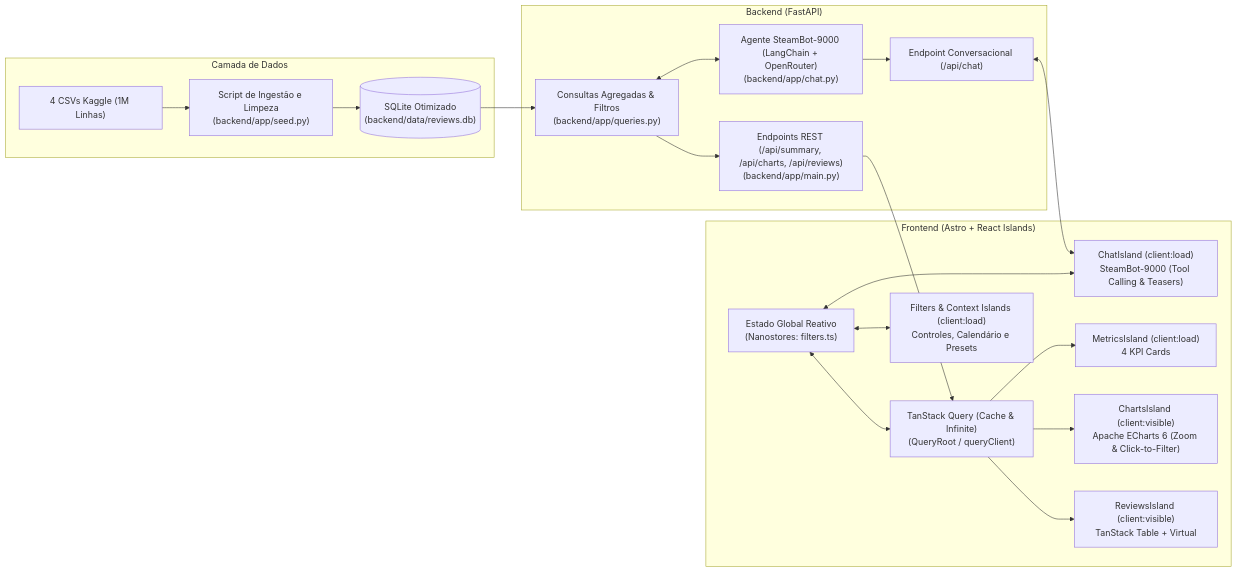
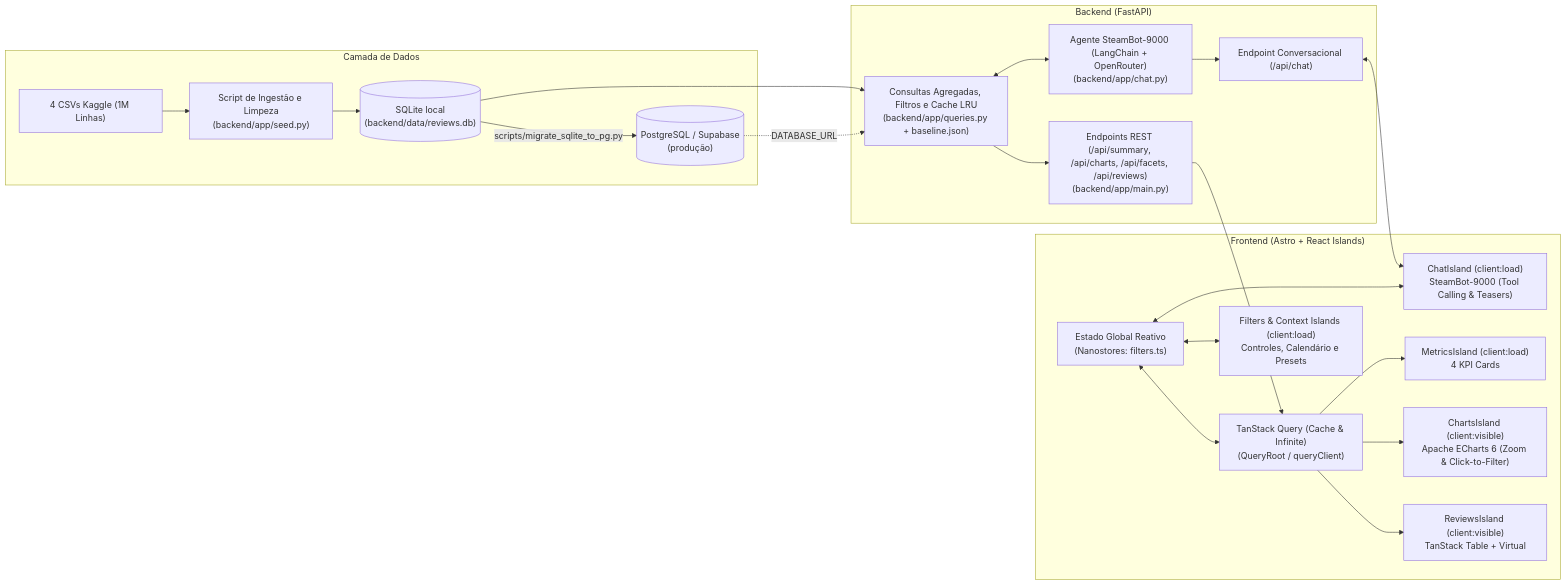
The first of 4 diagrams in README.md (EmersonPalatti/game-review-dashboard), drawn with Mermaid before and after one commit. The commit also changed other lines of this file and 3 other files, not shown here.

````diff
--- a/README.md
+++ b/README.md
@@ -74,25 +75,27 @@
 ```mermaid
 flowchart LR
     subgraph Dados ["Camada de Dados"]
         CSV["4 CSVs Kaggle (1M Linhas)"] --> SEED["Script de Ingestão e Limpeza\n(backend/app/seed.py)"]
-        SEED --> SQLITE[("SQLite Otimizado\n(backend/data/reviews.db)")]
+        SEED --> SQLITE[("SQLite local\n(backend/data/reviews.db)")]
+        SQLITE -->|"scripts/migrate_sqlite_to_pg.py"| PG[("PostgreSQL / Supabase\n(produção)")]
     end
 
     subgraph Backend ["Backend (FastAPI)"]
-        SQLITE --> REPO["Consultas Agregadas & Filtros\n(backend/app/queries.py)"]
-        REPO --> API["Endpoints REST (/api/summary, /api/charts, /api/reviews)\n(backend/app/main.py)"]
+        SQLITE --> REPO["Consultas Agregadas, Filtros e Cache LRU\n(backend/app/queries.py + baseline.json)"]
+        PG -.->|"DATABASE_URL"| REPO
+        REPO --> API["Endpoints REST (/api/summary, /api/charts, /api/facets, /api/reviews)\n(backend/app/main.py)"]
         REPO <--> AGENT["Agente SteamBot-9000 (LangChain + OpenRouter)\n(backend/app/chat.py)"]
         AGENT --> CHAT_API["Endpoint Conversacional (/api/chat)"]
     end
 
     subgraph Frontend ["Frontend (Astro + React Islands)"]
         API --> QUERY["TanStack Query (Cache & Infinite)\n(QueryRoot / queryClient)"]
         CHAT_API <--> CHAT_ISLAND["ChatIsland (client:load)\nSteamBot-9000 (Tool Calling & Teasers)"]
         STORE["Estado Global Reativo\n(Nanostores: filters.ts)"] <--> QUERY
         STORE <--> CHAT_ISLAND
         STORE <--> FILTERS["Filters & Context Islands (client:load)\nControles, Calendário e Presets"]
         QUERY --> KPIS["MetricsIsland (client:load)\n4 KPI Cards"]
         QUERY --> CHARTS["ChartsIsland (client:visible)\nApache ECharts 6 (Zoom & Click-to-Filter)"]
         QUERY --> TABLE["ReviewsIsland (client:visible)\nTanStack Table + Virtual"]
     end
 ```
````
